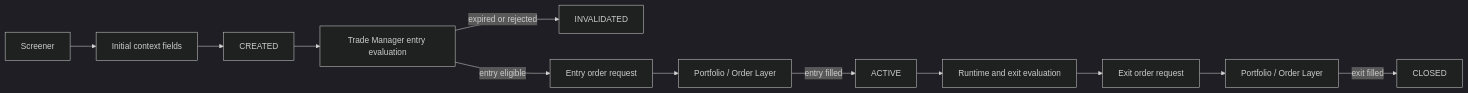
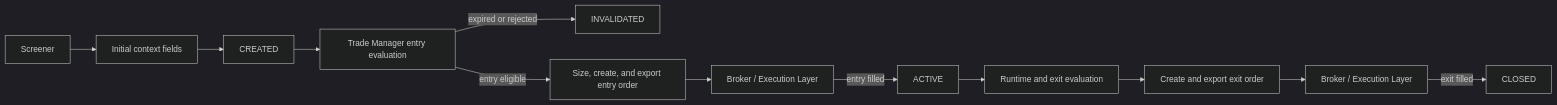
Before and after one commit to fxhuhn/croc-trader: the second of 2 diagrams in .agents/skills/strategy-screener/playbook/TEMPLATE.md, drawn with Mermaid (dark theme). The commit also changed other lines of this file and 5 other files, not shown here.

Commit message:
docs: formalize trade lifecycle states, broker order contract, and strategy documentation hierarchy

````diff
--- a/.agents/skills/strategy-screener/playbook/TEMPLATE.md
+++ b/.agents/skills/strategy-screener/playbook/TEMPLATE.md
@@ -221,14 +222,14 @@
 ```mermaid
 flowchart LR
     SC["Screener"] --> CTX["Initial context fields"]
     CTX --> CREATED["CREATED"]
     CREATED --> TM["Trade Manager entry evaluation"]
     TM -->|expired or rejected| INVALIDATED["INVALIDATED"]
-    TM -->|entry eligible| EREQ["Entry order request"]
-    EREQ --> EOL["Portfolio / Order Layer"]
-    EOL -->|entry filled| ACTIVE["ACTIVE"]
+    TM -->|entry eligible| EORD["Size, create, and export entry order"]
+    EORD --> EXEC["Broker / Execution Layer"]
+    EXEC -->|entry filled| ACTIVE["ACTIVE"]
     ACTIVE --> EXIT["Runtime and exit evaluation"]
-    EXIT --> XREQ["Exit order request"]
-    XREQ --> XOL["Portfolio / Order Layer"]
-    XOL -->|exit filled| CLOSED["CLOSED"]
+    EXIT --> XORD["Create and export exit order"]
+    XORD --> EXEC2["Broker / Execution Layer"]
+    EXEC2 -->|exit filled| CLOSED["CLOSED"]
 ```
````
